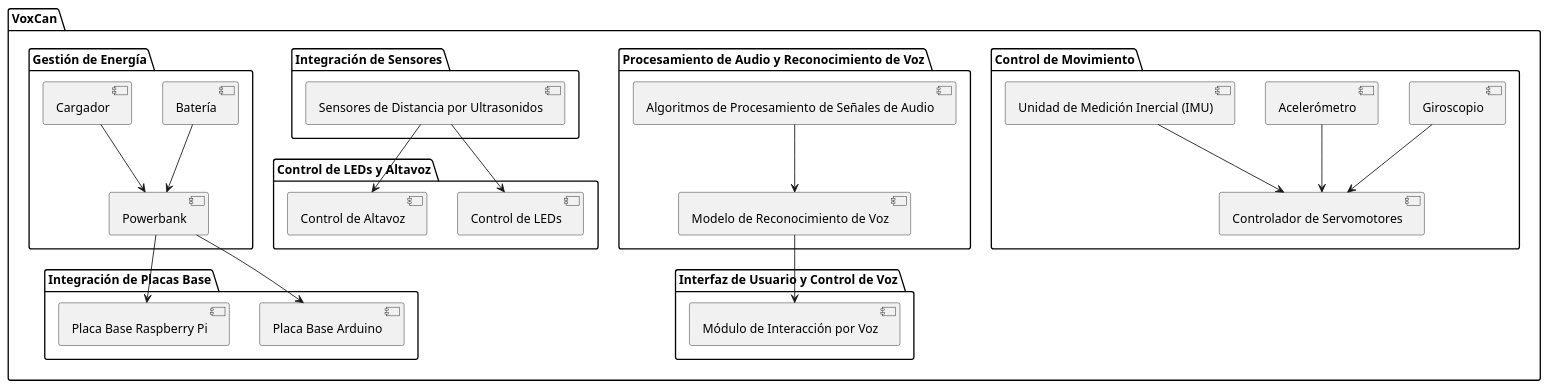
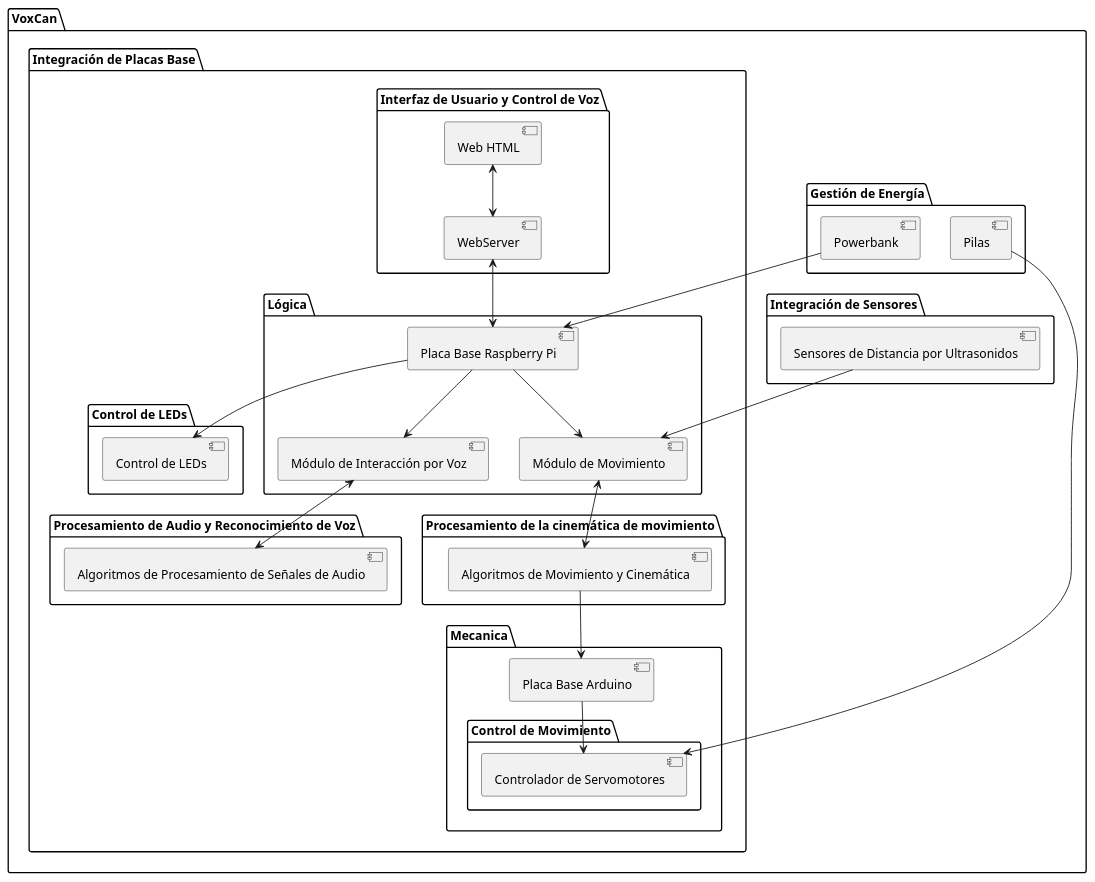
Before and after one commit to 1600215/RLP-VoxCan: the diagram in arquitectura/Modulos/modulos.puml, drawn with PlantUML.

Commit message:
Uml updated

```diff
--- a/arquitectura/Modulos/modulos.puml
+++ b/arquitectura/Modulos/modulos.puml
@@ -1,56 +1,67 @@
 @startuml Modulos
 
 package "VoxCan" {
-    package "Control de Movimiento" as CM {
-        [Giroscopio]
-        [Acelerómetro]
-        [Unidad de Medición Inercial (IMU)]
-        [Controlador de Servomotores]
-    }
-    
-    package "Procesamiento de Audio y Reconocimiento de Voz" as PARV {
-        [Algoritmos de Procesamiento de Señales de Audio]
-        [Modelo de Reconocimiento de Voz]
-    }
-    
-    package "Interfaz de Usuario y Control de Voz" as IU {
-        [Módulo de Interacción por Voz]
-    }
     
     package "Integración de Sensores" as IS {
         [Sensores de Distancia por Ultrasonidos]
     }
     
-    package "Control de LEDs y Altavoz" as CLA {
-        [Control de LEDs]
-        [Control de Altavoz]
-    }
-    
     package "Gestión de Energía" as GE {
-        [Batería]
-        [Cargador]
+        [Pilas]
         [Powerbank]
     }
     
     package "Integración de Placas Base" as IPB {
-        [Placa Base Arduino]
-        [Placa Base Raspberry Pi]
+
+        package "Lógica" as LC {
+            [Placa Base Raspberry Pi]
+            [Módulo de Interacción por Voz]
+            [Módulo de Movimiento]
+        }
+
+        package "Mecanica" as MC {
+            [Placa Base Arduino]
+
+            package "Control de Movimiento" as CM {
+                [Controlador de Servomotores]
+            }
+        }
+        
+        package "Control de LEDs" as CLA {
+            [Control de LEDs]
+        }
+
+        package "Interfaz de Usuario y Control de Voz" as IU {
+            [WebServer]
+            [Web HTML]
+        }
+
+        package "Procesamiento de Audio y Reconocimiento de Voz" as PARV {
+            [Algoritmos de Procesamiento de Señales de Audio]
+        }
+
+        package "Procesamiento de la cinemática de movimiento" as PMV {
+            [Algoritmos de Movimiento y Cinemática]
+        }
     }
 
-    [Giroscopio] --> [Controlador de Servomotores]
-    [Acelerómetro] --> [Controlador de Servomotores]
-    [Unidad de Medición Inercial (IMU)] --> [Controlador de Servomotores]
+    [Web HTML] <--> [WebServer]
+    [WebServer] <--> [Placa Base Raspberry Pi]
+
+    [Placa Base Raspberry Pi] --> [Módulo de Interacción por Voz]
+    [Placa Base Raspberry Pi] --> [Módulo de Movimiento]
+    [Placa Base Raspberry Pi] --> [Control de LEDs]
     
-    [Algoritmos de Procesamiento de Señales de Audio] --> [Modelo de Reconocimiento de Voz]
-    [Modelo de Reconocimiento de Voz] --> [Módulo de Interacción por Voz]
+    [Placa Base Arduino] --> [Controlador de Servomotores] 
     
-    [Sensores de Distancia por Ultrasonidos] --> [Control de LEDs]
-    [Sensores de Distancia por Ultrasonidos] --> [Control de Altavoz]
+    [Módulo de Movimiento] <--> [Algoritmos de Movimiento y Cinemática]
+    [Módulo de Interacción por Voz] <--> [Algoritmos de Procesamiento de Señales de Audio]
+        
+    [Algoritmos de Movimiento y Cinemática] --> [Placa Base Arduino]
+    [Sensores de Distancia por Ultrasonidos] --> [Módulo de Movimiento]
     
-    [Batería] --> [Powerbank]
-    [Cargador] --> [Powerbank]
-    [Powerbank] --> [Placa Base Arduino]
+    [Pilas] --> [Controlador de Servomotores]
     [Powerbank] --> [Placa Base Raspberry Pi]
 }
 
 @enduml
```
